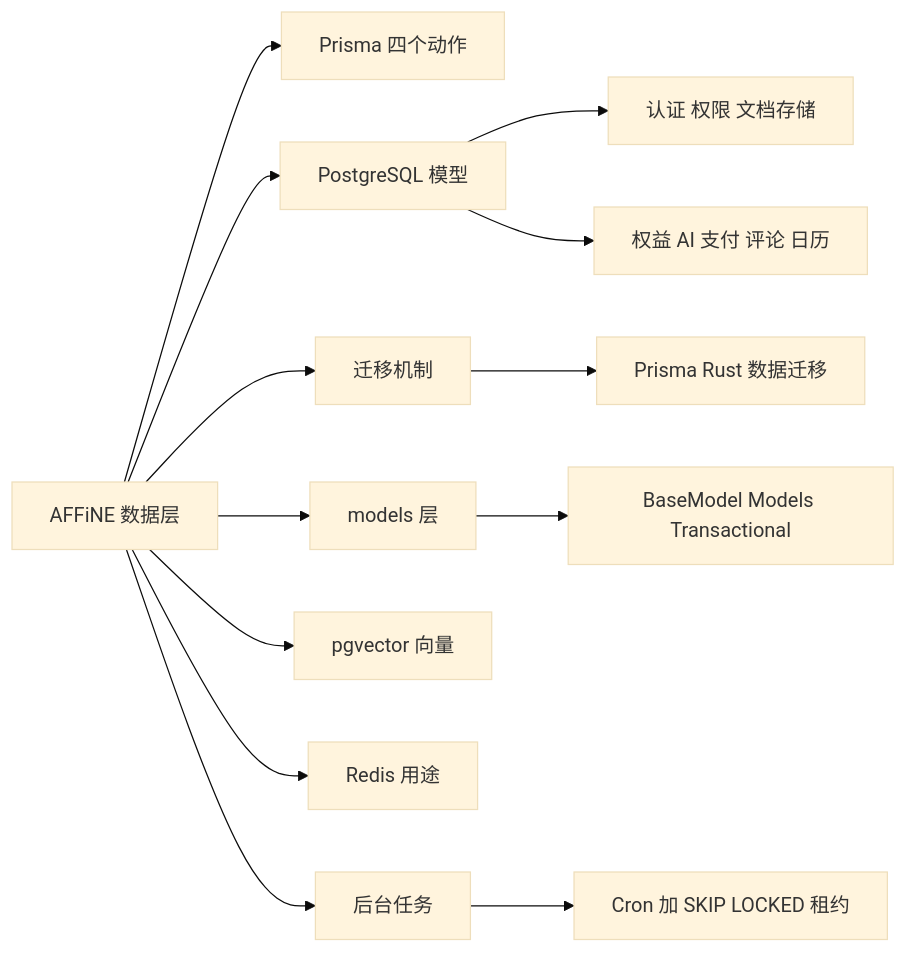
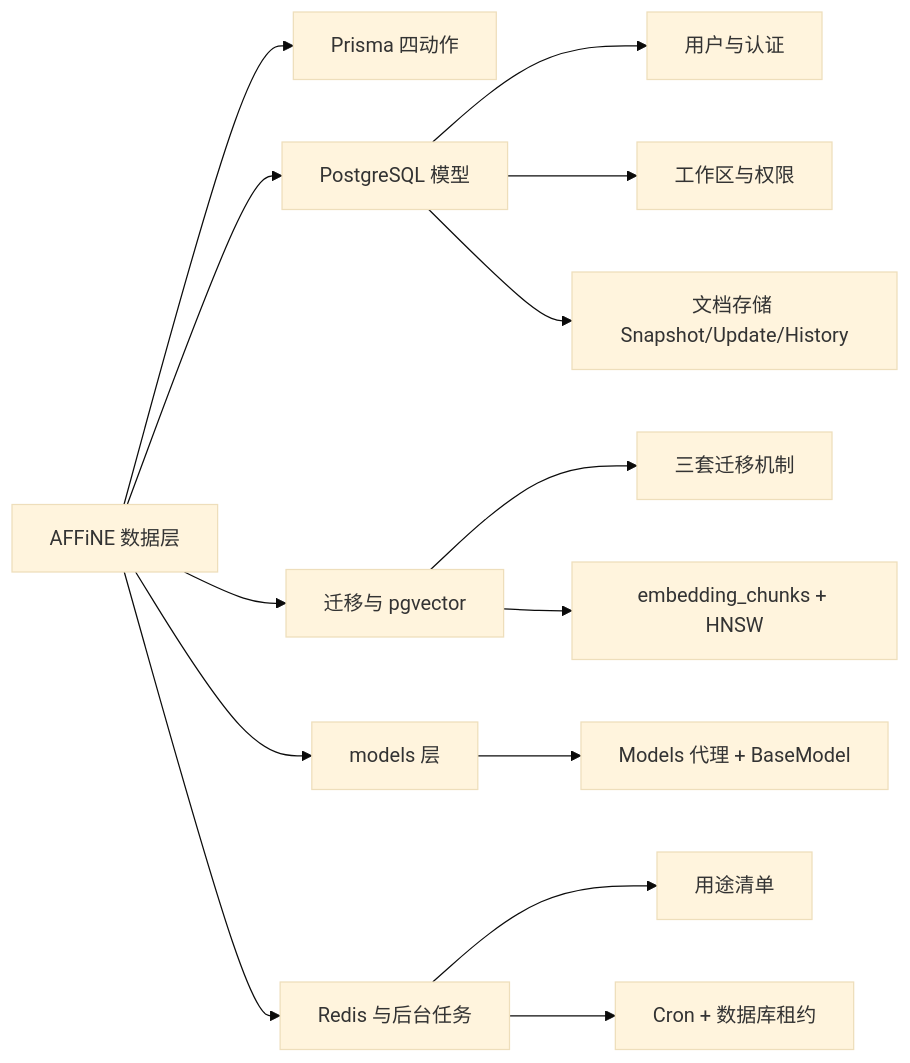
Before and after one commit to lfire/AFFiNE: the first of 6 diagrams in learning-guide/slides/decks/22.md, drawn with Mermaid (base theme). The commit also changed other lines of this file and 46 other files, not shown here.

````diff
--- a/learning-guide/slides/decks/22.md
+++ b/learning-guide/slides/decks/22.md
@@ -47,15 +33,16 @@
 ```mermaid
 flowchart LR
-    ROOT["AFFiNE 数据层"] --> P["Prisma 四个动作"]
-    ROOT --> M["PostgreSQL 模型"]
-    ROOT --> G["迁移机制"]
-    ROOT --> L["models 层"]
-    ROOT --> V["pgvector 向量"]
-    ROOT --> R["Redis 用途"]
-    ROOT --> J["后台任务"]
-    M --> M1["认证 权限 文档存储"]
-    M --> M2["权益 AI 支付 评论 日历"]
-    G --> G1["Prisma Rust 数据迁移"]
-    L --> L1["BaseModel Models Transactional"]
-    J --> J1["Cron 加 SKIP LOCKED 租约"]
+  ROOT["AFFiNE 数据层"] --> P["Prisma 四动作"]
+  ROOT --> M["PostgreSQL 模型"]
+  ROOT --> I["迁移与 pgvector"]
+  ROOT --> L["models 层"]
+  ROOT --> R["Redis 与后台任务"]
+  M --> M1["用户与认证"]
+  M --> M2["工作区与权限"]
+  M --> M3["文档存储 Snapshot/Update/History"]
+  I --> I1["三套迁移机制"]
+  I --> I2["embedding_chunks + HNSW"]
+  L --> L1["Models 代理 + BaseModel"]
+  R --> R1["用途清单"]
+  R --> R2["Cron + 数据库租约"]
 ```
````
